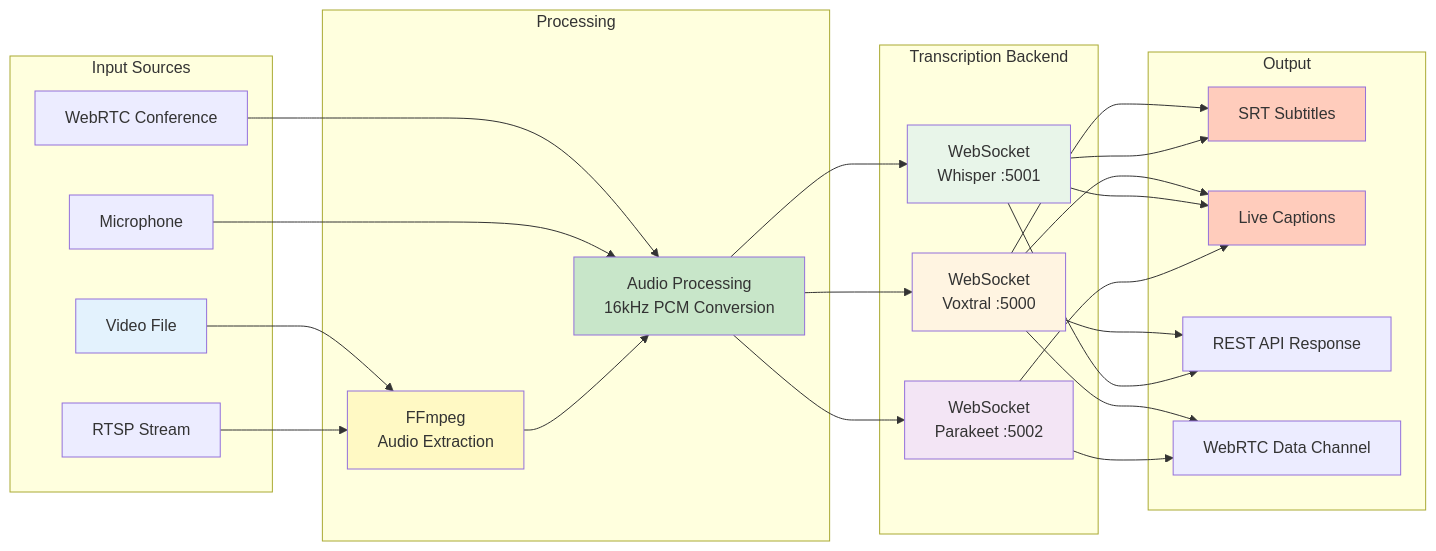
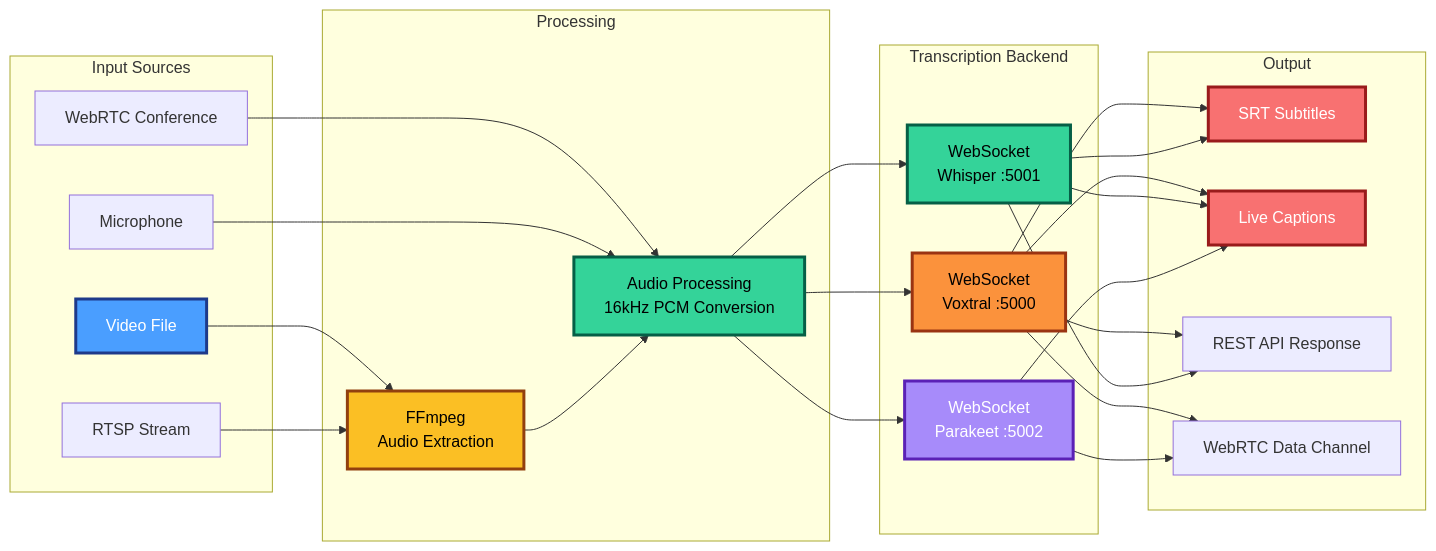
The sixth of 6 diagrams in README.md (gjovanov/speech2text), drawn with Mermaid before and after one commit. The commit also changed other lines of this file and 10 other files, not shown here.

Commit message:
dark mode friednly diagramms

````diff
--- a/README.md
+++ b/README.md
@@ -311,59 +311,59 @@
 ```mermaid
 flowchart LR
     subgraph Input Sources
         Video[Video File]
         Stream[RTSP Stream]
         WebRTC[WebRTC Conference]
         Mic[Microphone]
     end
 
     subgraph Processing
         FFmpeg[FFmpeg<br/>Audio Extraction]
         AudioProc[Audio Processing<br/>16kHz PCM Conversion]
     end
 
     subgraph Transcription Backend
         WS1[WebSocket<br/>Voxtral :5000]
         WS2[WebSocket<br/>Whisper :5001]
         WS3[WebSocket<br/>Parakeet :5002]
     end
 
     subgraph Output
         SRT[SRT Subtitles]
         Live[Live Captions]
         API[REST API Response]
         DataChannel[WebRTC Data Channel]
     end
 
     Video --> FFmpeg
     Stream --> FFmpeg
     WebRTC --> AudioProc
     Mic --> AudioProc
 
     FFmpeg --> AudioProc
 
     AudioProc --> WS1
     AudioProc --> WS2
     AudioProc --> WS3
 
     WS1 --> SRT
     WS1 --> Live
     WS1 --> API
     WS1 --> DataChannel
 
     WS2 --> SRT
     WS2 --> Live
     WS2 --> API
 
     WS3 --> Live
     WS3 --> DataChannel
 
-    style Video fill:#e3f2fd
-    style FFmpeg fill:#fff9c4
-    style AudioProc fill:#c8e6c9
-    style WS1 fill:#fff4e1
-    style WS2 fill:#e8f5e9
-    style WS3 fill:#f3e5f5
-    style SRT fill:#ffccbc
-    style Live fill:#ffccbc
+    style Video fill:#4a9eff,stroke:#1e3a8a,stroke-width:3px,color:#fff
+    style FFmpeg fill:#fbbf24,stroke:#92400e,stroke-width:3px,color:#000
+    style AudioProc fill:#34d399,stroke:#065f46,stroke-width:3px,color:#000
+    style WS1 fill:#fb923c,stroke:#9a3412,stroke-width:3px,color:#000
+    style WS2 fill:#34d399,stroke:#065f46,stroke-width:3px,color:#000
+    style WS3 fill:#a78bfa,stroke:#5b21b6,stroke-width:3px,color:#fff
+    style SRT fill:#f87171,stroke:#991b1b,stroke-width:3px,color:#fff
+    style Live fill:#f87171,stroke:#991b1b,stroke-width:3px,color:#fff
 ```
````
